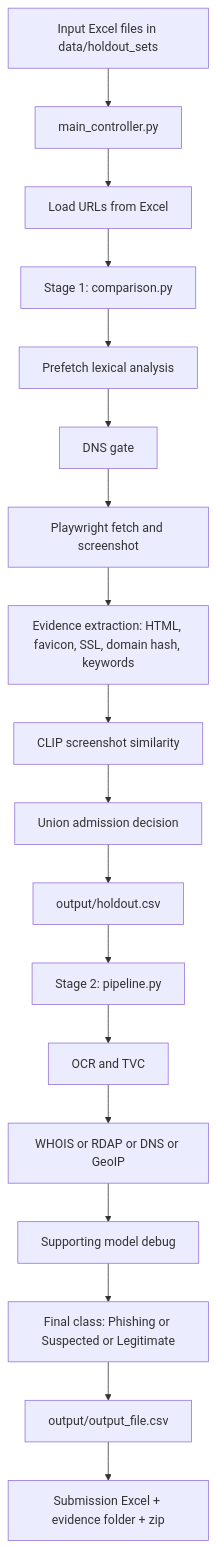
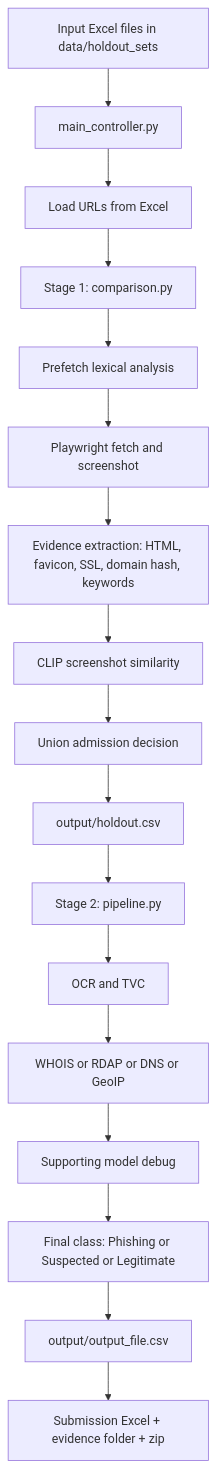
Before and after one commit to Romaankhaja/phishing_phase2_st1: the diagram in docs/PIPELINE_ARCHITECTURE_BRIEF.md, drawn with Mermaid. The commit also changed other lines of this file and 118 other files, not shown here.

````diff
--- a/docs/PIPELINE_ARCHITECTURE_BRIEF.md
+++ b/docs/PIPELINE_ARCHITECTURE_BRIEF.md
@@ -28,20 +28,19 @@
 ```mermaid
 flowchart TD
     A[Input Excel files in data/holdout_sets] --> B[main_controller.py]
     B --> C[Load URLs from Excel]
     C --> D[Stage 1: comparison.py]
     D --> D1[Prefetch lexical analysis]
-    D1 --> D2[DNS gate]
-    D2 --> D3[Playwright fetch and screenshot]
-    D3 --> D4[Evidence extraction: HTML, favicon, SSL, domain hash, keywords]
-    D4 --> D5[CLIP screenshot similarity]
-    D5 --> D6[Union admission decision]
-    D6 --> E[output/holdout.csv]
+    D1 --> D2[Playwright fetch and screenshot]
+    D2 --> D3[Evidence extraction: HTML, favicon, SSL, domain hash, keywords]
+    D3 --> D4[CLIP screenshot similarity]
+    D4 --> D5[Union admission decision]
+    D5 --> E[output/holdout.csv]
     E --> F[Stage 2: pipeline.py]
     F --> F1[OCR and TVC]
     F1 --> F2[WHOIS or RDAP or DNS or GeoIP]
     F2 --> F3[Supporting model debug]
     F3 --> F4[Final class: Phishing or Suspected or Legitimate]
     F4 --> G[output/output_file.csv]
     G --> H[Submission Excel + evidence folder + zip]
 ```
````
